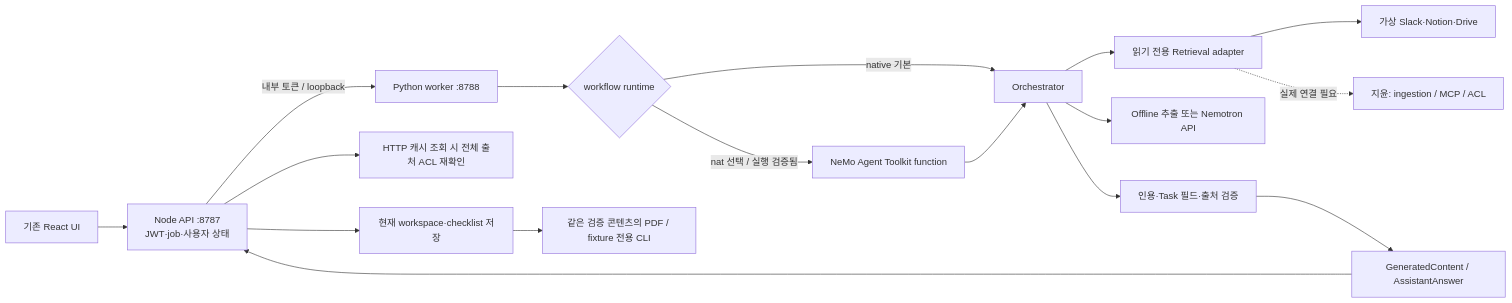
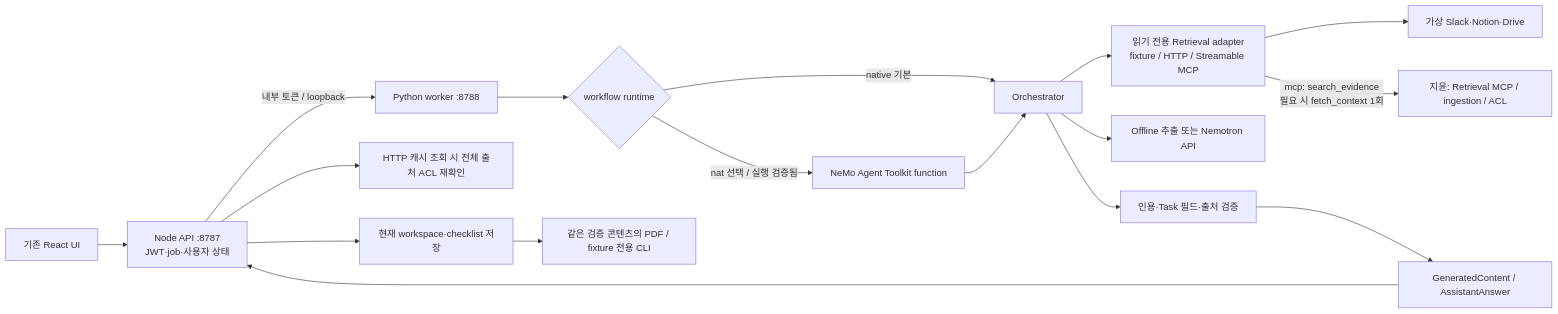
Before and after one commit to jiy8ni/NVIDIA-AI-Hackathon: the first of 3 diagrams in docs/architecture.md, drawn with Mermaid. The commit also changed other lines of this file and 14 other files, not shown here.

Commit message:
feat: connect orchestrator to retrieval MCP

````diff
--- a/docs/architecture.md
+++ b/docs/architecture.md
@@ -5,19 +5,19 @@
 ```mermaid
 flowchart LR
   UI["기존 React UI"] --> API["Node API :8787<br/>JWT·job·사용자 상태"]
   API -->|"내부 토큰 / loopback"| Worker["Python worker :8788"]
   Worker --> Runtime{"workflow runtime"}
   Runtime -->|"native 기본"| O["Orchestrator"]
   Runtime -->|"nat 선택 / 실행 검증됨"| NAT["NeMo Agent Toolkit function"]
   NAT --> O
-  O --> Provider["읽기 전용 Retrieval adapter"]
+  O --> Provider["읽기 전용 Retrieval adapter<br/>fixture / HTTP / Streamable MCP"]
   Provider --> Fixture["가상 Slack·Notion·Drive"]
-  Provider -. "실제 연결 필요" .-> Ingestion["지윤: ingestion / MCP / ACL"]
+  Provider -->|"mcp: search_evidence<br/>필요 시 fetch_context 1회"| Ingestion["지윤: Retrieval MCP / ingestion / ACL"]
   O --> Model["Offline 추출 또는 Nemotron API"]
   O --> Verify["인용·Task 필드·출처 검증"]
   Verify --> Content["GeneratedContent / AssistantAnswer"]
   Content --> API
   API --> ACL["HTTP 캐시 조회 시 전체 출처 ACL 재확인"]
   API --> State["현재 workspace·checklist 저장"]
   State --> PDF["같은 검증 콘텐츠의 PDF / fixture 전용 CLI"]
 ```
````
